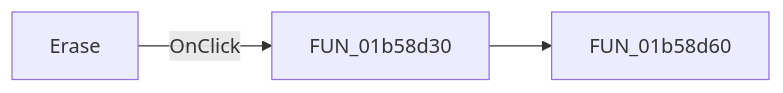
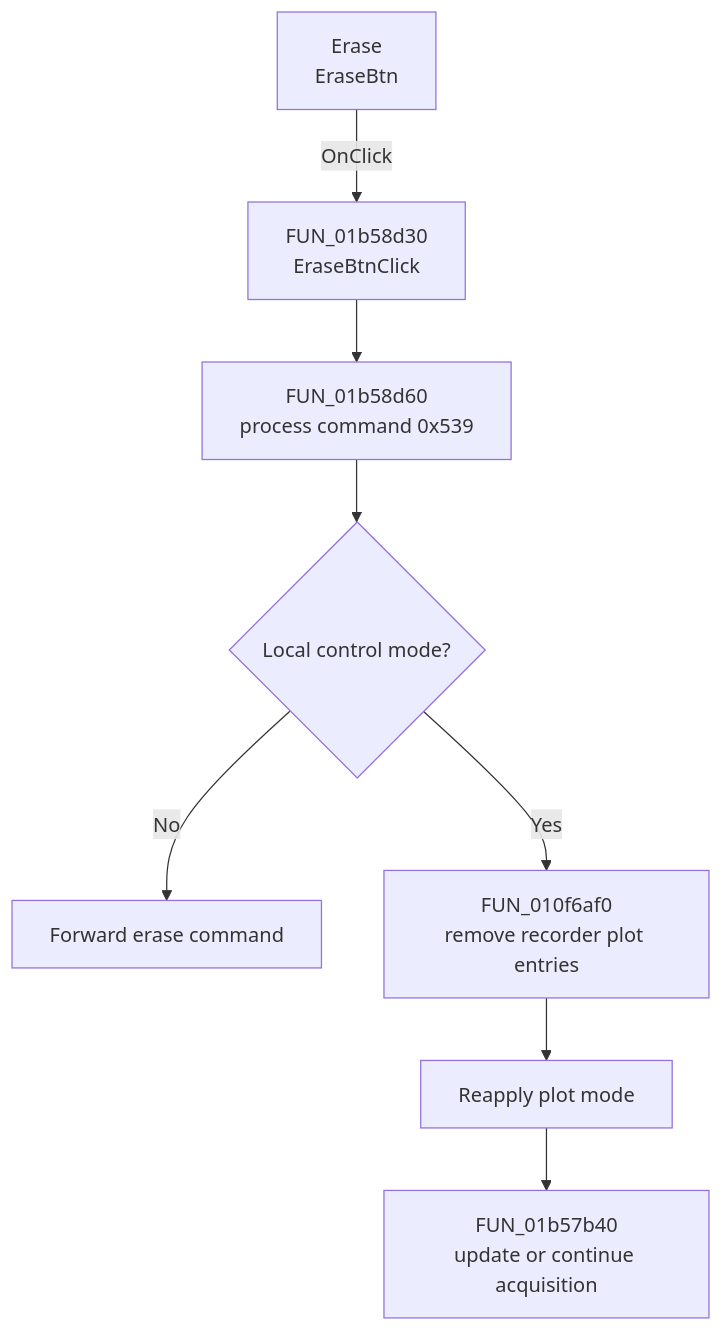
The diagram in docs/ui-controls/xyrecorderwin/erasebtn-d6296fbc97.md (MovGP0/TIARA), drawn with Mermaid before and after one commit. The commit also changed other lines of this file and 387 other files, not shown here.

````diff
--- a/docs/ui-controls/xyrecorderwin/erasebtn-d6296fbc97.md
+++ b/docs/ui-controls/xyrecorderwin/erasebtn-d6296fbc97.md
@@ -27,5 +29,10 @@
 ```mermaid
-flowchart LR
-    control["Erase"] -->|OnClick| handler["FUN_01b58d30"]
-    handler --> call1["FUN_01b58d60"]
+flowchart TD
+    control["Erase<br/>EraseBtn"] -->|OnClick| handler["FUN_01b58d30<br/>EraseBtnClick"]
+    handler --> command["FUN_01b58d60<br/>process command 0x539"]
+    command --> route{"Local control mode?"}
+    route -->|No| remote["Forward erase command"]
+    route -->|Yes| detach["FUN_010f6af0<br/>remove recorder plot entries"]
+    detach --> plot["Reapply plot mode"]
+    plot --> update["FUN_01b57b40<br/>update or continue acquisition"]
 ```
````
